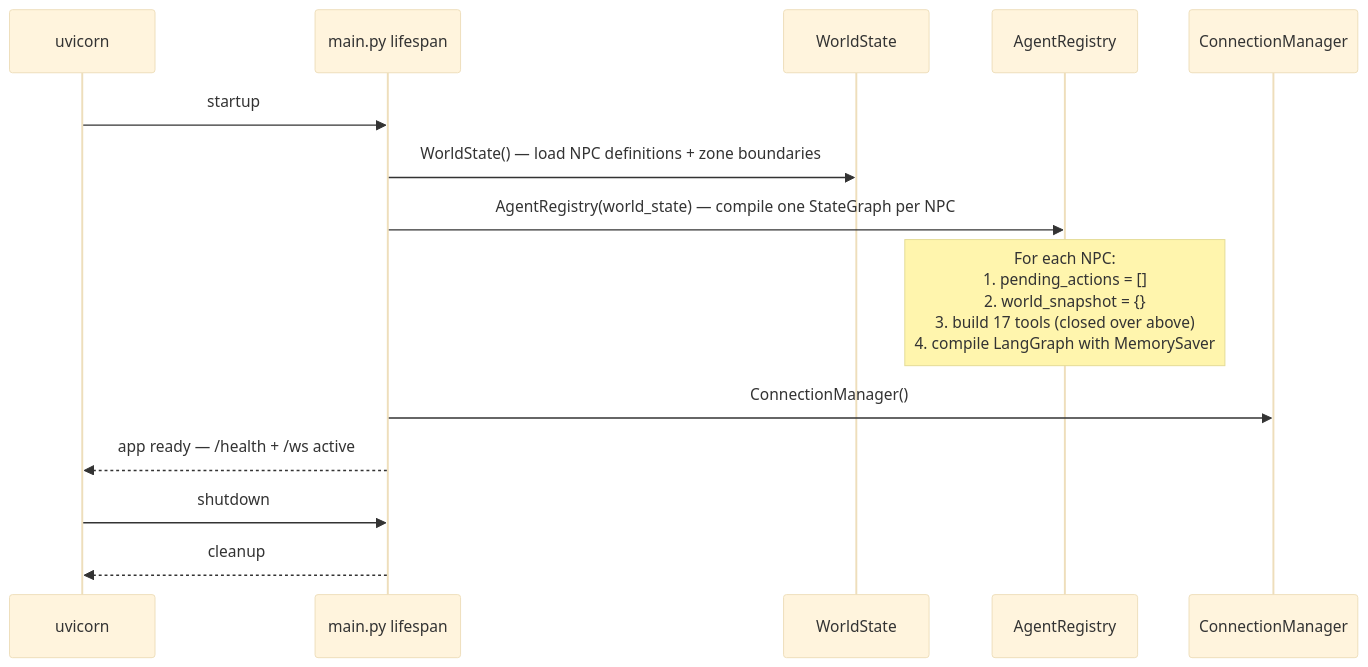
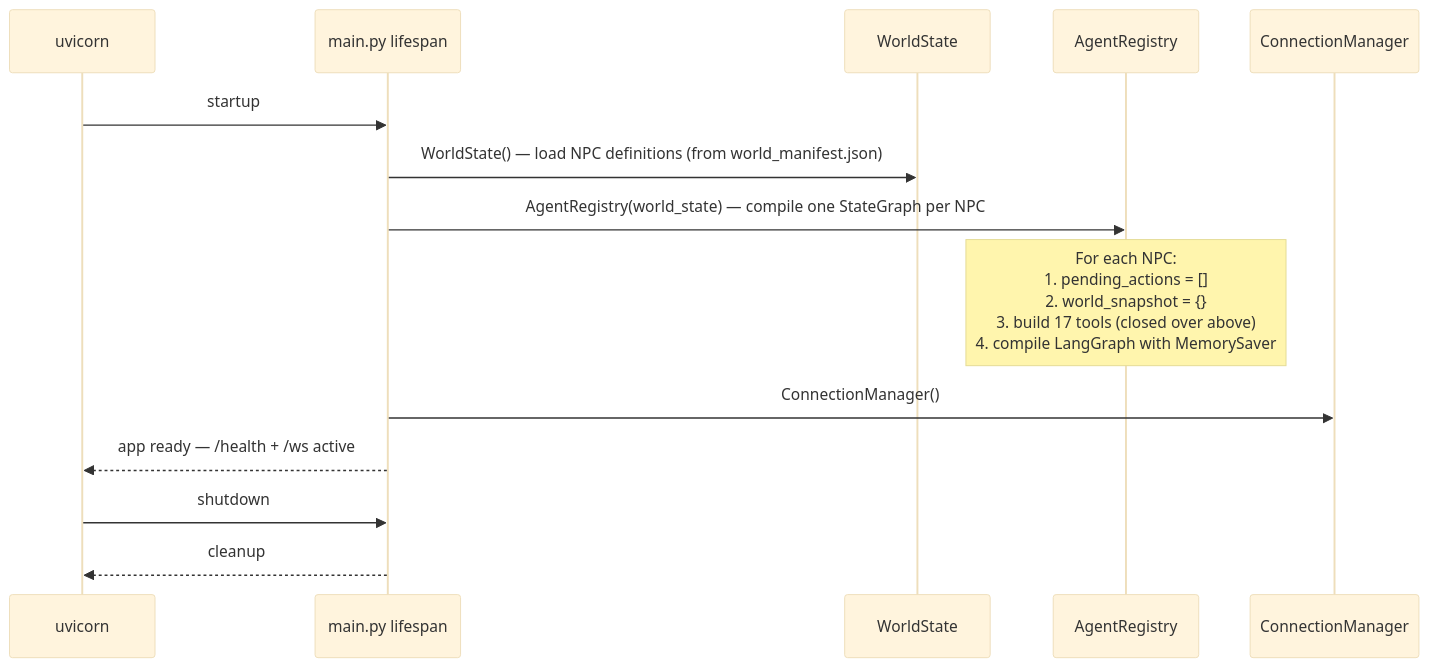
Before and after one commit to Zaexv/world-of-prompcraft: the second of 8 diagrams in server/ARCHITECTURE.md, drawn with Mermaid (base theme). The commit also changed other lines of this file and 1 other file, not shown here.

Commit message:
docs: update architecture docs for zonal manifest overhaul

````diff
--- a/server/ARCHITECTURE.md
+++ b/server/ARCHITECTURE.md
@@ -58,18 +60,18 @@
 ```mermaid
 sequenceDiagram
     participant UV as uvicorn
     participant MA as main.py lifespan
     participant WS as WorldState
     participant AR as AgentRegistry
     participant CM as ConnectionManager
 
     UV->>MA: startup
-    MA->>WS: WorldState() — load NPC definitions + zone boundaries
+    MA->>WS: WorldState() — load NPC definitions (from world_manifest.json)
     MA->>AR: AgentRegistry(world_state) — compile one StateGraph per NPC
     Note over AR: For each NPC:<br/>1. pending_actions = []<br/>2. world_snapshot = {}<br/>3. build 17 tools (closed over above)<br/>4. compile LangGraph with MemorySaver
     MA->>CM: ConnectionManager()
     MA-->>UV: app ready — /health + /ws active
 
     UV->>MA: shutdown
     MA-->>UV: cleanup
 ```
````
